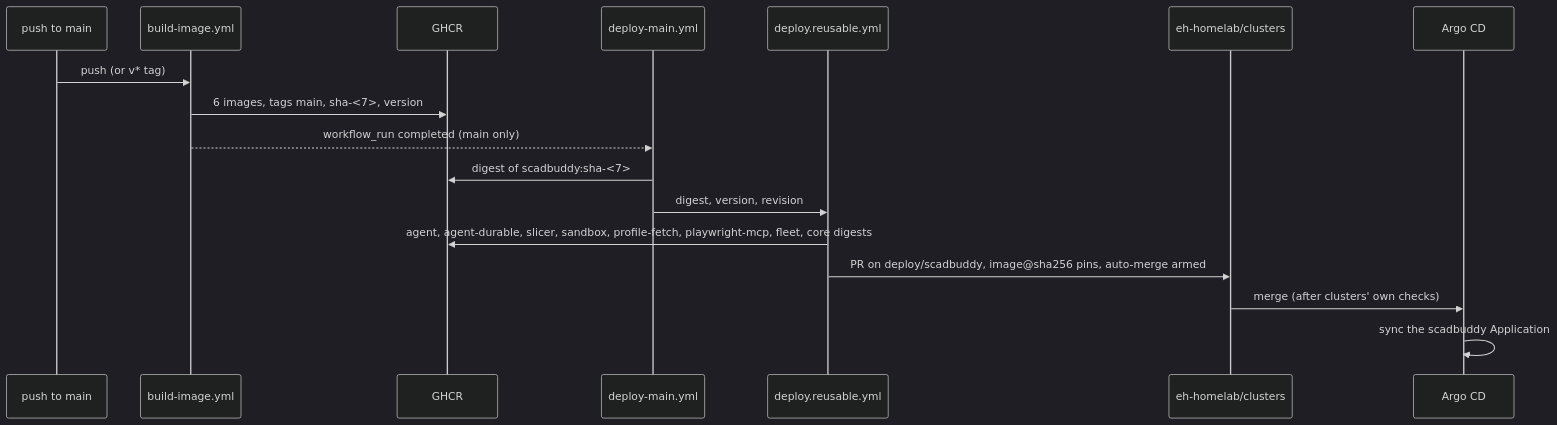
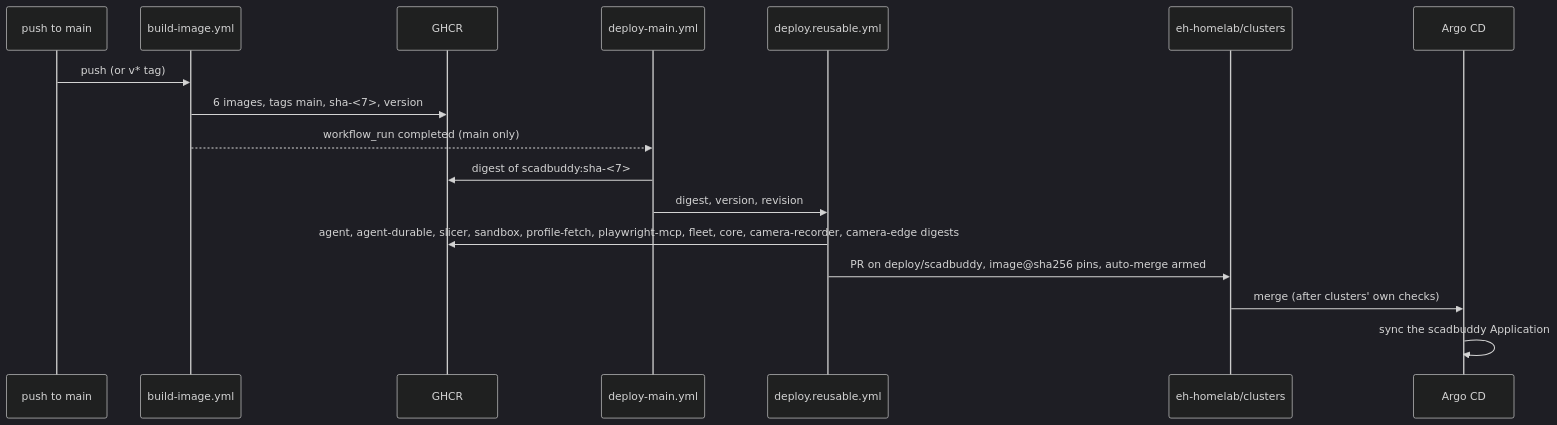
One commit to eh-homelab/ScadBuddy changed the diagram in docs/architecture/ci-and-deploy.md. Above: the diagram before and after it, drawn with Mermaid (dark theme). The commit also changed other lines of this file and 5 other files, not shown here.

First line of the commit message:
ci(deploy): pin the camera recorder and edge images in clusters (#7997) (#8002)

````diff
--- a/docs/architecture/ci-and-deploy.md
+++ b/docs/architecture/ci-and-deploy.md
@@ -41,19 +41,19 @@
 ```mermaid
 sequenceDiagram
     participant Main as push to main
     participant BI as build-image.yml
     participant GHCR
     participant DM as deploy-main.yml
     participant DR as deploy.reusable.yml
     participant CL as eh-homelab/clusters
     participant Argo as Argo CD
     Main->>BI: push (or v* tag)
     BI->>GHCR: 6 images, tags main, sha-<7>, version
     BI-->>DM: workflow_run completed (main only)
     DM->>GHCR: digest of scadbuddy:sha-<7>
     DM->>DR: digest, version, revision
-    DR->>GHCR: agent, agent-durable, slicer, sandbox, profile-fetch, playwright-mcp, fleet, core digests
+    DR->>GHCR: agent, agent-durable, slicer, sandbox, profile-fetch, playwright-mcp, fleet, core, camera-recorder, camera-edge digests
     DR->>CL: PR on deploy/scadbuddy, image@sha256 pins, auto-merge armed
     CL->>Argo: merge (after clusters' own checks)
     Argo->>Argo: sync the scadbuddy Application
 ```
````
